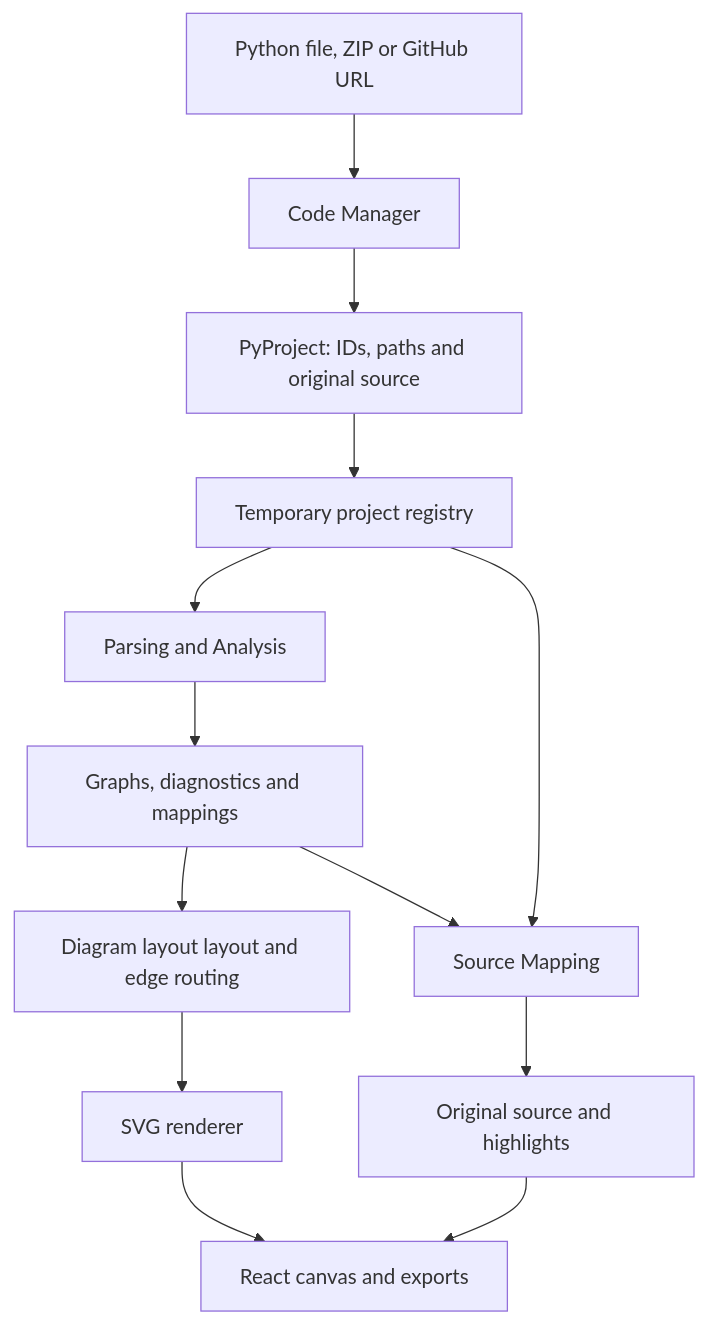
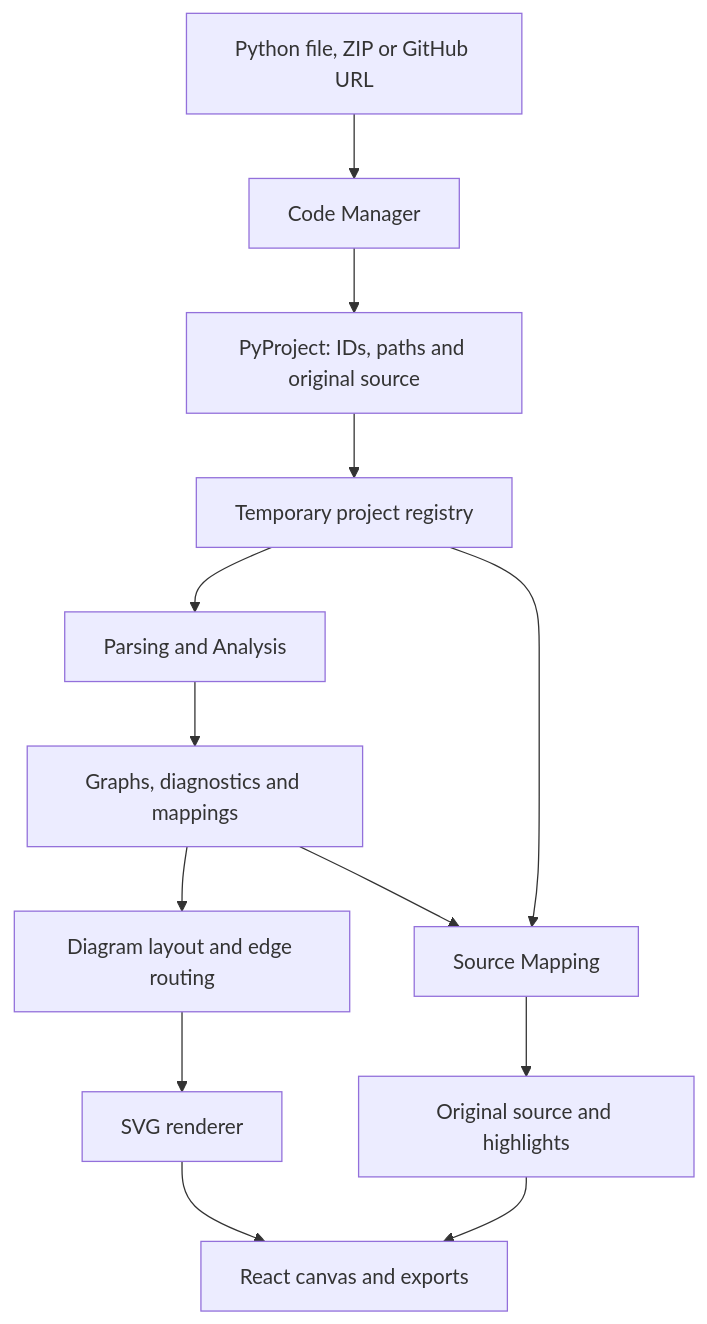
The diagram in README.md (jerphan/FlowBridge), drawn with Mermaid before and after one commit.

Commit message:
Fix typo in README.md

````diff
--- a/README.md
+++ b/README.md
@@ -29,15 +29,15 @@
 ```mermaid
 flowchart TD
     Input["Python file, ZIP or GitHub URL"] --> Manager["Code Manager"]
     Manager --> Project["PyProject: IDs, paths and original source"]
     Project --> Registry["Temporary project registry"]
     Registry --> Parser["Parsing and Analysis"]
     Parser --> Graphs["Graphs, diagnostics and mappings"]
-    Graphs --> Layout["Diagram layout layout and edge routing"]
+    Graphs --> Layout["Diagram layout and edge routing"]
     Layout --> Renderer["SVG renderer"]
     Renderer --> UI["React canvas and exports"]
     Graphs --> Mapping["Source Mapping"]
     Registry --> Mapping
     Mapping --> Source["Original source and highlights"]
     Source --> UI
 ```
````
